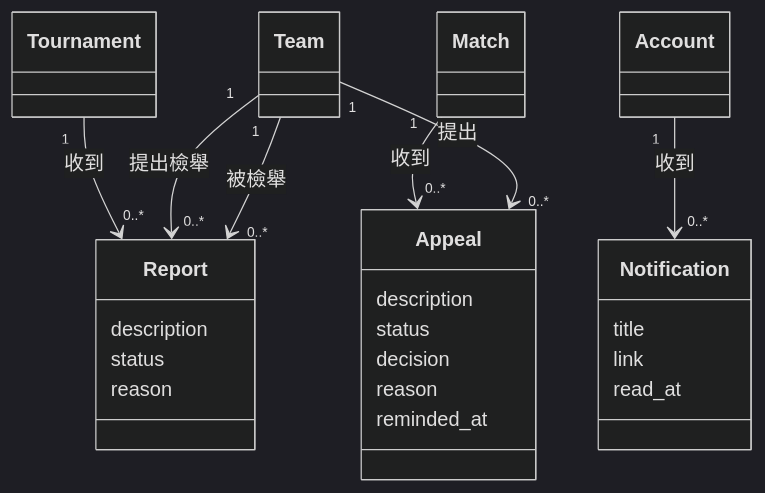
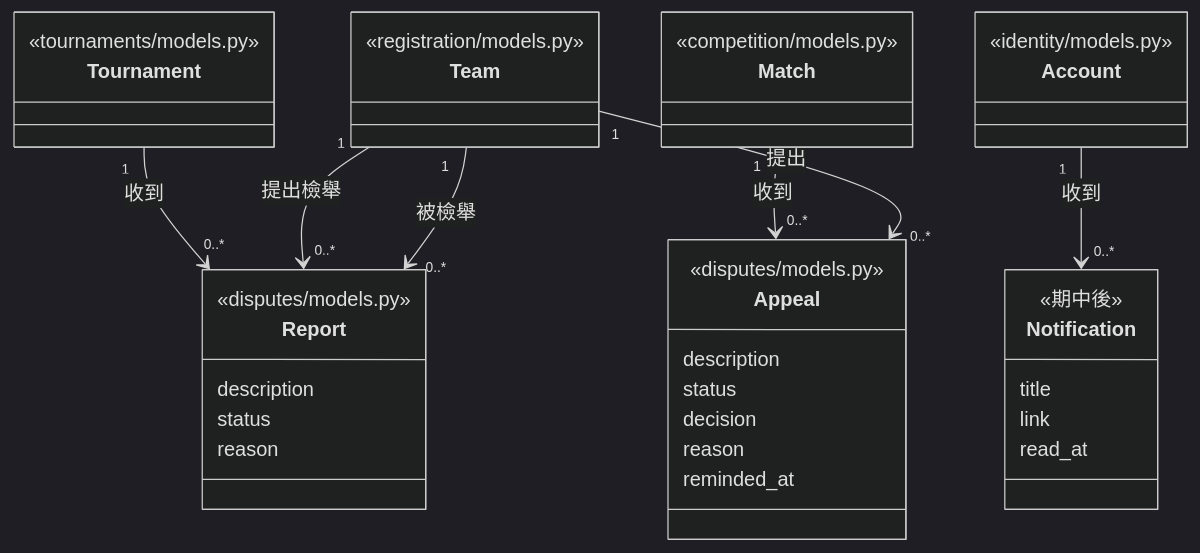
One commit to Team14good/esport-platform changed diagram 16 of 19 in docs/midterm/B-軟體需求分析文件.md. Above: the diagram before and after it, drawn with Mermaid (dark theme). The commit also changed other lines of this file and 27 other files, not shown here.

First line of the commit message:
docs: B、C、D 其餘的圖全部對照程式標註

````diff
--- a/docs/midterm/B-軟體需求分析文件.md
+++ b/docs/midterm/B-軟體需求分析文件.md
@@ -1346,30 +1404,41 @@
 ```mermaid
 classDiagram
-  class Tournament
-  class Team
-  class Match
-  class Account
+  class Tournament {
+    <<tournaments/models.py>>
+  }
+  class Team {
+    <<registration/models.py>>
+  }
+  class Match {
+    <<competition/models.py>>
+  }
+  class Account {
+    <<identity/models.py>>
+  }
   class Appeal {
+    <<disputes/models.py>>
     description
     status
     decision
     reason
     reminded_at
   }
   class Report {
+    <<disputes/models.py>>
     description
     status
     reason
   }
   class Notification {
+    <<期中後>>
     title
     link
     read_at
   }
   Match "1" --> "0..*" Appeal : 收到
   Team "1" --> "0..*" Appeal : 提出
   Tournament "1" --> "0..*" Report : 收到
   Team "1" --> "0..*" Report : 提出檢舉
   Team "1" --> "0..*" Report : 被檢舉
   Account "1" --> "0..*" Notification : 收到
 ```
````
